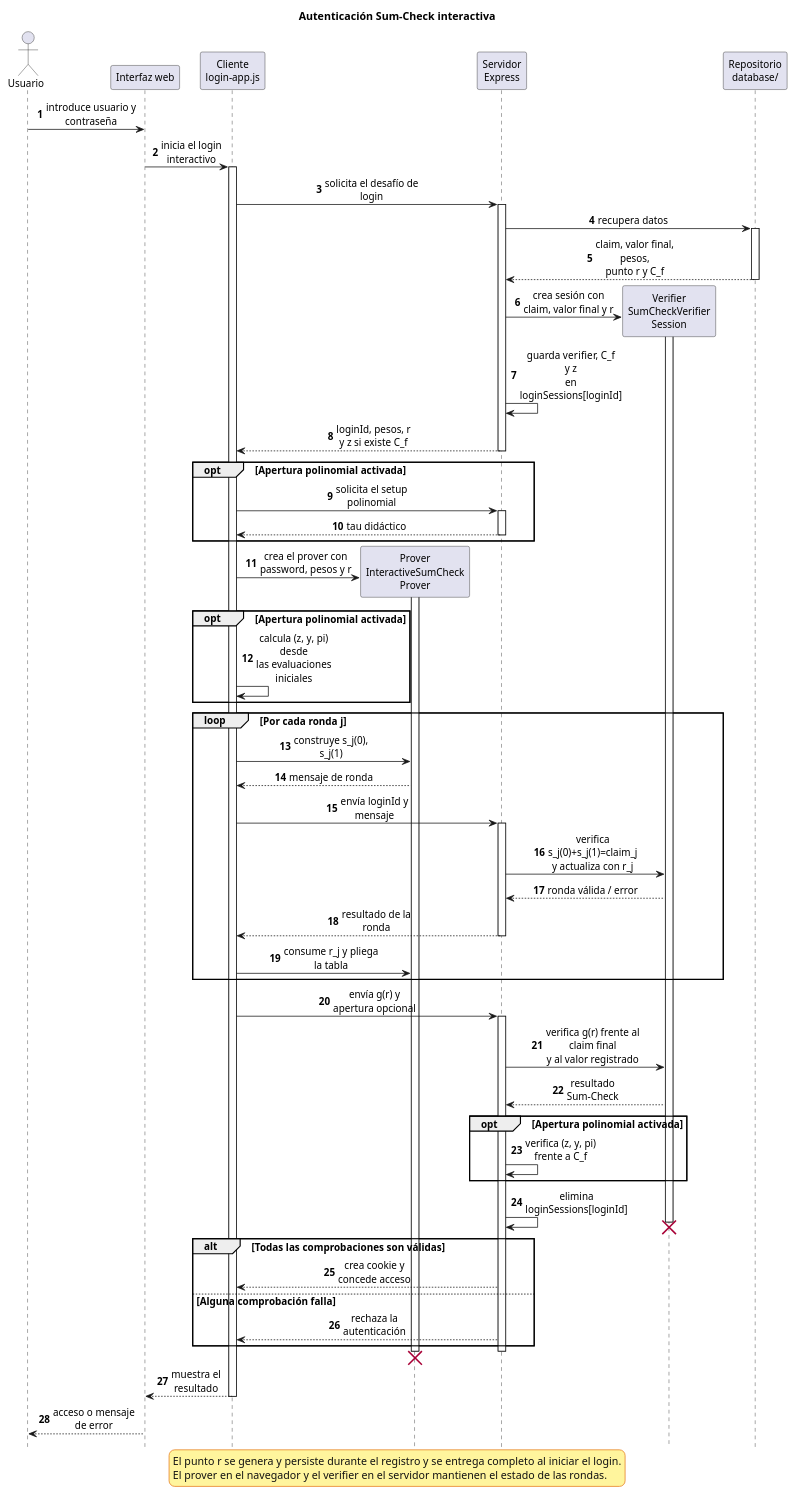
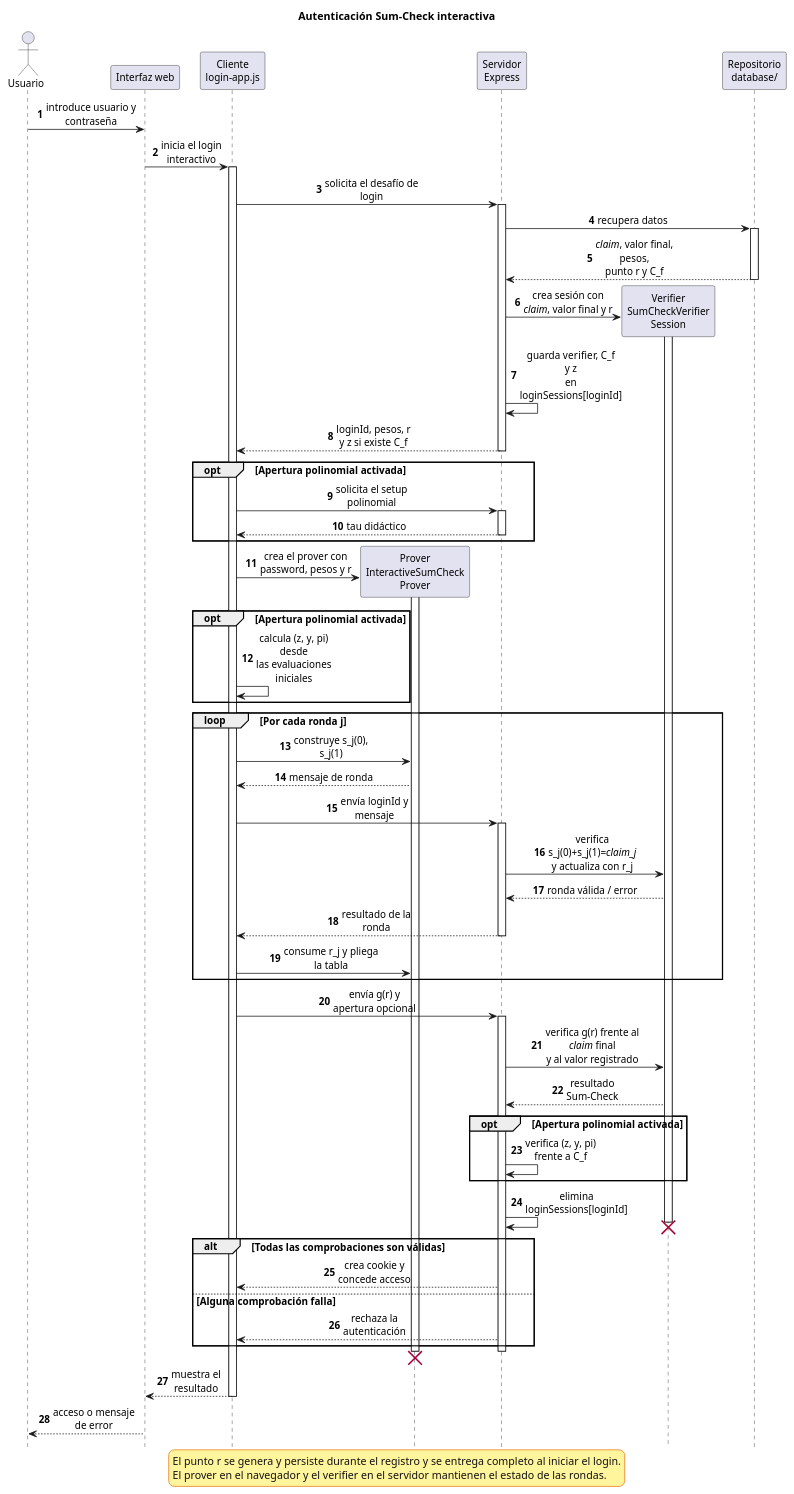
One commit to jorgeruuiz/zk-like-prototype changed the diagram in doc/diagramas/memoria/03_login_interactivo_simplificado.puml. Above: the diagram before and after it, drawn with PlantUML. The commit also changed 7 other files, not shown here.

Commit message:
Finaliza memoria, diagramas y dependencias

```diff
--- a/doc/diagramas/memoria/03_login_interactivo_simplificado.puml
+++ b/doc/diagramas/memoria/03_login_interactivo_simplificado.puml
@@ -1,102 +1,102 @@
 @startuml
 ' Login interactivo compacto para el cuerpo de la memoria
 
 hide footbox
 autonumber
 skinparam shadowing false
 skinparam responseMessageBelowArrow true
 skinparam sequenceMessageAlign center
 skinparam wrapWidth 190
 skinparam maxMessageSize 125
 skinparam defaultFontSize 13
 skinparam BoxPadding 4
 skinparam LegendBackgroundColor #FFF59D
 skinparam LegendBorderColor #E67E22
 skinparam LegendFontColor #111111
 
 title Autenticación Sum-Check interactiva
 
 actor "Usuario" as User
 participant "Interfaz web" as UI
 participant "Cliente\nlogin-app.js" as Client
 participant "Prover\nInteractiveSumCheck\nProver" as Prover
 participant "Servidor\nExpress" as Server
 participant "Verifier\nSumCheckVerifier\nSession" as Verifier
 participant "Repositorio\ndatabase/" as Repository
 
 User -> UI : introduce usuario y contraseña
 UI -> Client : inicia el login interactivo
 activate Client
 
 Client -> Server : solicita el desafío de login
 activate Server
 Server -> Repository : recupera datos
 activate Repository
-Repository --> Server : claim, valor final, pesos,\npunto r y C_f
+Repository --> Server : <i>claim</i>, valor final, pesos,\npunto r y C_f
 deactivate Repository
 create Verifier
-Server -> Verifier : crea sesión con\nclaim, valor final y r
+Server -> Verifier : crea sesión con\n<i>claim</i>, valor final y r
 activate Verifier
 Server -> Server : guarda verifier, C_f y z\nen loginSessions[loginId]
 Server --> Client : loginId, pesos, r\ny z si existe C_f
 deactivate Server
 
 opt Apertura polinomial activada
     Client -> Server : solicita el setup polinomial
     activate Server
     Server --> Client : tau didáctico
     deactivate Server
 end
 
 create Prover
 Client -> Prover : crea el prover con\npassword, pesos y r
 activate Prover
 
 opt Apertura polinomial activada
     Client -> Client : calcula (z, y, pi) desde\nlas evaluaciones iniciales
 end
 
 loop Por cada ronda j
     Client -> Prover : construye s_j(0), s_j(1)
     Prover --> Client : mensaje de ronda
     Client -> Server : envía loginId y mensaje
     activate Server
-    Server -> Verifier : verifica s_j(0)+s_j(1)=claim_j\ny actualiza con r_j
+    Server -> Verifier : verifica s_j(0)+s_j(1)=<i>claim_j</i>\ny actualiza con r_j
     Verifier --> Server : ronda válida / error
     Server --> Client : resultado de la ronda
     deactivate Server
     Client -> Prover : consume r_j y pliega la tabla
 end
 
 Client -> Server : envía g(r) y\napertura opcional
 activate Server
-Server -> Verifier : verifica g(r) frente al claim final\ny al valor registrado
+Server -> Verifier : verifica g(r) frente al <i>claim</i> final\ny al valor registrado
 Verifier --> Server : resultado Sum-Check
 
 opt Apertura polinomial activada
     Server -> Server : verifica (z, y, pi)\nfrente a C_f
 end
 
 Server -> Server : elimina loginSessions[loginId]
 deactivate Verifier
 destroy Verifier
 
 alt Todas las comprobaciones son válidas
     Server --> Client : crea cookie y concede acceso
 else Alguna comprobación falla
     Server --> Client : rechaza la autenticación
 end
 deactivate Server
 
 deactivate Prover
 destroy Prover
 Client --> UI : muestra el resultado
 deactivate Client
 UI --> User : acceso o mensaje de error
 
 legend bottom
 El punto r se genera y persiste durante el registro y se entrega completo al iniciar el login.
 El prover en el navegador y el verifier en el servidor mantienen el estado de las rondas.
 endlegend
 
 @enduml
```
